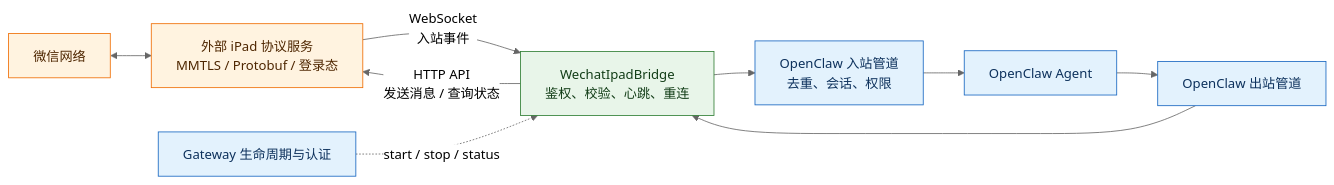
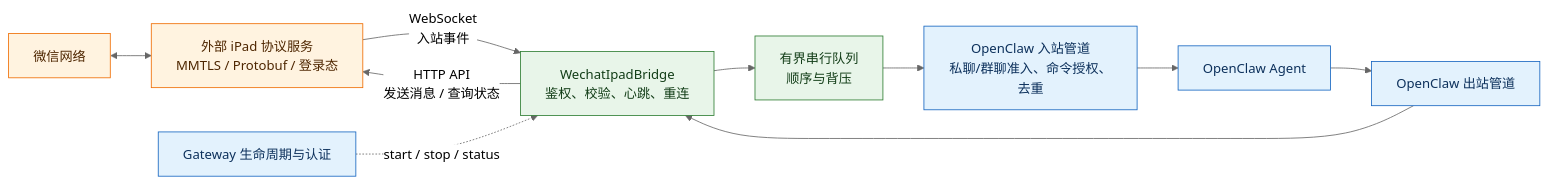
Before and after one commit to partme-ai/openclaw-plugins: the first of 5 diagrams in extensions/wechat-ipad/README.md, drawn with Mermaid (neutral theme). The commit also changed other lines of this file and 592 other files, not shown here.

First line of the commit message:
feat(e2e): 添加地图能力插件与微信抖音扩展功能

````diff
--- a/extensions/wechat-ipad/README.md
+++ b/extensions/wechat-ipad/README.md
@@ -9,18 +9,19 @@
 ```mermaid
 flowchart LR
     WX["微信网络"] <--> IPAD["外部 iPad 协议服务<br/>MMTLS / Protobuf / 登录态"]
     IPAD -- "WebSocket<br/>入站事件" --> BRIDGE["WechatIpadBridge<br/>鉴权、校验、心跳、重连"]
     BRIDGE -- "HTTP API<br/>发送消息 / 查询状态" --> IPAD
-    BRIDGE --> IN["OpenClaw 入站管道<br/>去重、会话、权限"]
+    BRIDGE --> QUEUE["有界串行队列<br/>顺序与背压"]
+    QUEUE --> IN["OpenClaw 入站管道<br/>私聊/群聊准入、命令授权、去重"]
     IN --> AGENT["OpenClaw Agent"]
     AGENT --> OUT["OpenClaw 出站管道"]
     OUT --> BRIDGE
     GW["Gateway 生命周期与认证"] -. "start / stop / status" .-> BRIDGE
 
     classDef external fill:#fff3e0,stroke:#ef6c00,color:#4e2600
     classDef plugin fill:#e8f5e9,stroke:#2e7d32,color:#123d17
     classDef runtime fill:#e3f2fd,stroke:#1565c0,color:#0d315c
     class WX,IPAD external
-    class BRIDGE plugin
+    class BRIDGE,QUEUE plugin
     class IN,AGENT,OUT,GW runtime
 ```
````
